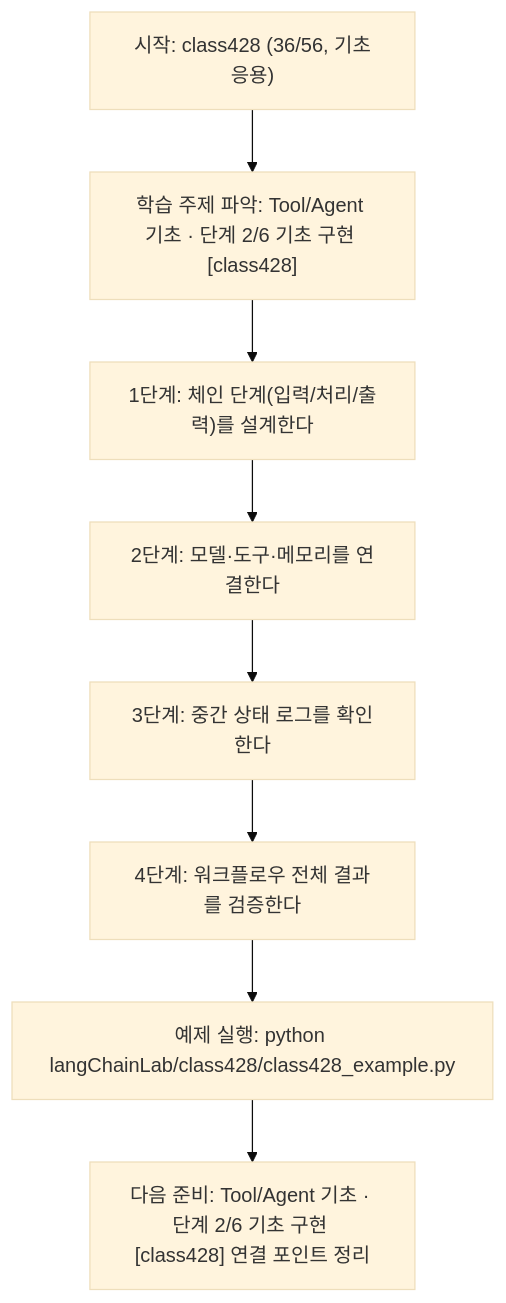
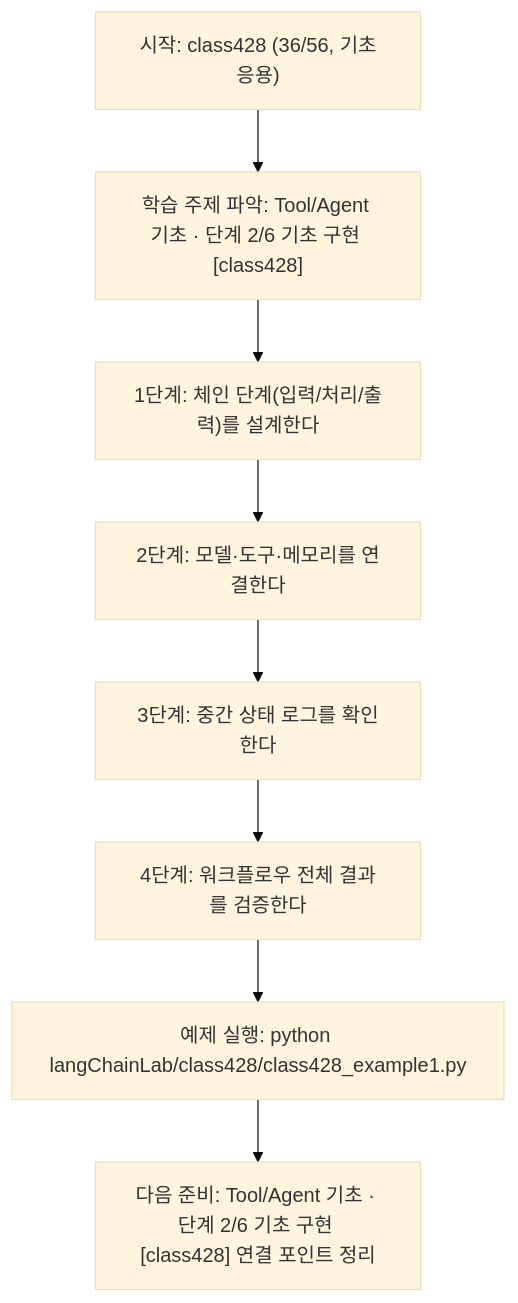
One commit to edumgt/Python-AI_Agent-Class changed the diagram in langChainLab/class428/class428.md. Above: the diagram before and after it, drawn with Mermaid (base theme). The commit also changed other lines of this file and 2959 other files, not shown here.

````diff
--- a/langChainLab/class428/class428.md
+++ b/langChainLab/class428/class428.md
@@ -110,18 +110,18 @@
 ```mermaid
 flowchart TD
 N1["시작: class428 (36/56, 기초응용)"]
 N2["학습 주제 파악: Tool/Agent 기초 · 단계 2/6 기초 구현 [class428]"]
 N3["1단계: 체인 단계(입력/처리/출력)를 설계한다"]
 N4["2단계: 모델·도구·메모리를 연결한다"]
 N5["3단계: 중간 상태 로그를 확인한다"]
 N6["4단계: 워크플로우 전체 결과를 검증한다"]
-N7["예제 실행: python langChainLab/class428/class428_example.py"]
+N7["예제 실행: python langChainLab/class428/class428_example1.py"]
 N8["다음 준비: Tool/Agent 기초 · 단계 2/6 기초 구현 [class428] 연결 포인트 정리"]
 N1 --> N2
 N2 --> N3
 N3 --> N4
 N4 --> N5
 N5 --> N6
 N6 --> N7
 N7 --> N8
 ```
````
